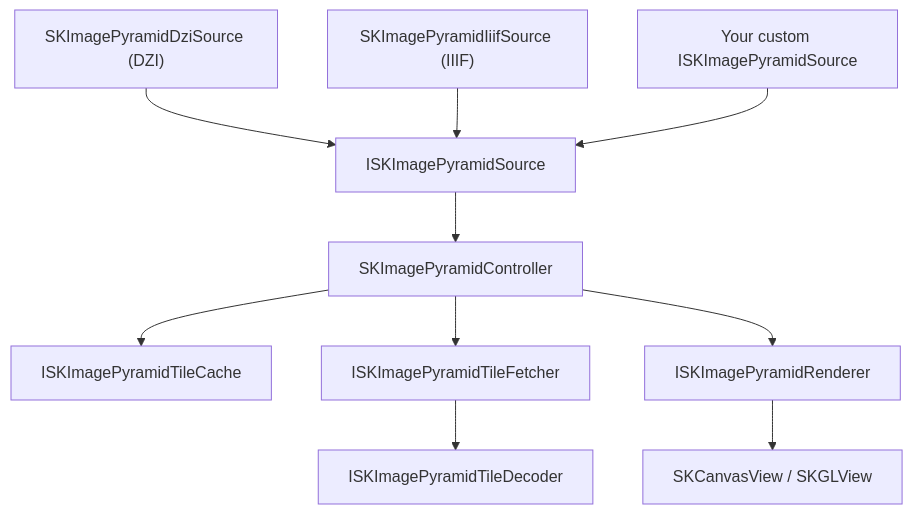
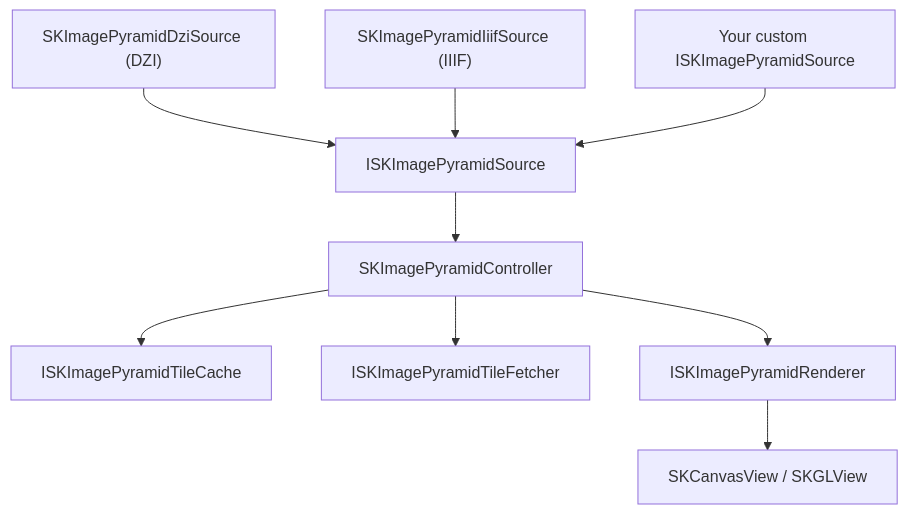
Before and after one commit to mono/SkiaSharp.Extended: the diagram in docs/docs/image-pyramid/index.md, drawn with Mermaid. The commit also changed other lines of this file and 8 other files, not shown here.

First line of the commit message:
Fix MAUI sample and update all docs to remove deleted tile/decoder types

````diff
--- a/docs/docs/image-pyramid/index.md
+++ b/docs/docs/image-pyramid/index.md
@@ -21,23 +21,21 @@
 ```mermaid
 graph TD
     Src1["SKImagePyramidDziSource (DZI)"]
     Src2["SKImagePyramidIiifSource (IIIF)"]
     Src3["Your custom ISKImagePyramidSource"]
     Source["ISKImagePyramidSource"]
     Controller["SKImagePyramidController"]
     Cache["ISKImagePyramidTileCache"]
     Fetcher["ISKImagePyramidTileFetcher"]
-    Decoder["ISKImagePyramidTileDecoder"]
     Renderer["ISKImagePyramidRenderer"]
     Canvas["SKCanvasView / SKGLView"]
 
     Src1 --> Source
     Src2 --> Source
     Src3 --> Source
     Source --> Controller
     Controller --> Cache
     Controller --> Fetcher
-    Fetcher --> Decoder
     Controller --> Renderer
     Renderer --> Canvas
 ```
````
